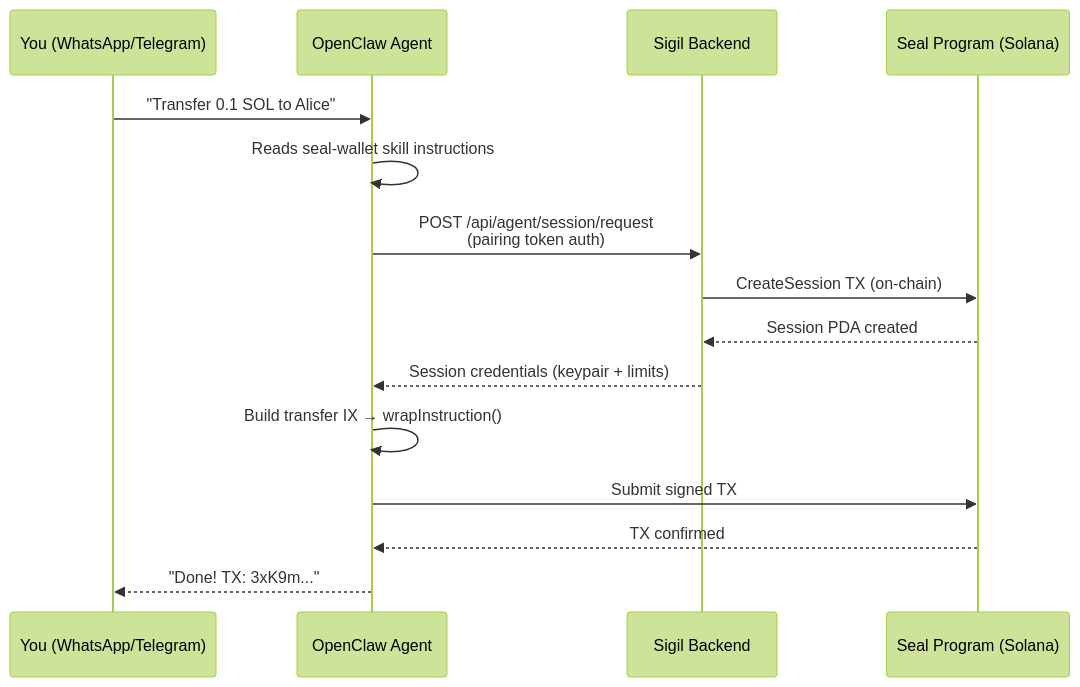
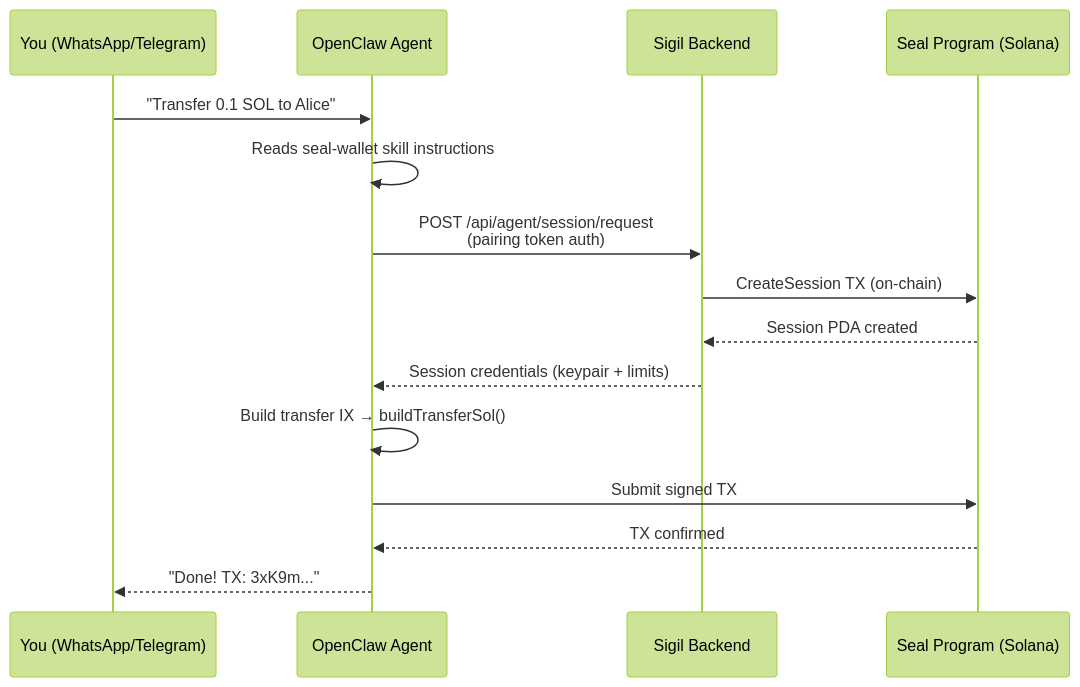
Before and after one commit to Immadominion/sentinel: the diagram in docs/integrations/openclaw.md, drawn with Mermaid (forest theme). The commit also changed other lines of this file and 4 other files, not shown here.

First line of the commit message:
fix: use buildTransferSol() for SOL transfers in all docs/skills

````diff
--- a/docs/integrations/openclaw.md
+++ b/docs/integrations/openclaw.md
@@ -11,18 +11,18 @@
 ```mermaid
 sequenceDiagram
     participant U as You (WhatsApp/Telegram)
     participant OC as OpenClaw Agent
     participant SB as Sigil Backend
     participant SC as Seal Program (Solana)
 
     U->>OC: "Transfer 0.1 SOL to Alice"
     OC->>OC: Reads seal-wallet skill instructions
     OC->>SB: POST /api/agent/session/request<br/>(pairing token auth)
     SB->>SC: CreateSession TX (on-chain)
     SC-->>SB: Session PDA created
     SB-->>OC: Session credentials (keypair + limits)
-    OC->>OC: Build transfer IX → wrapInstruction()
+    OC->>OC: Build transfer IX → buildTransferSol()
     OC->>SC: Submit signed TX
     SC-->>OC: TX confirmed
     OC-->>U: "Done! TX: 3xK9m..."
 ```
````
